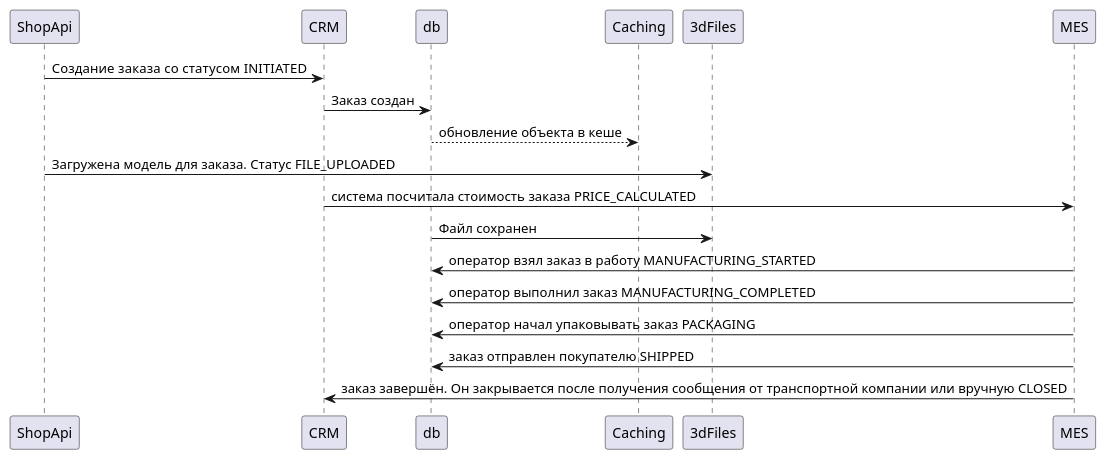
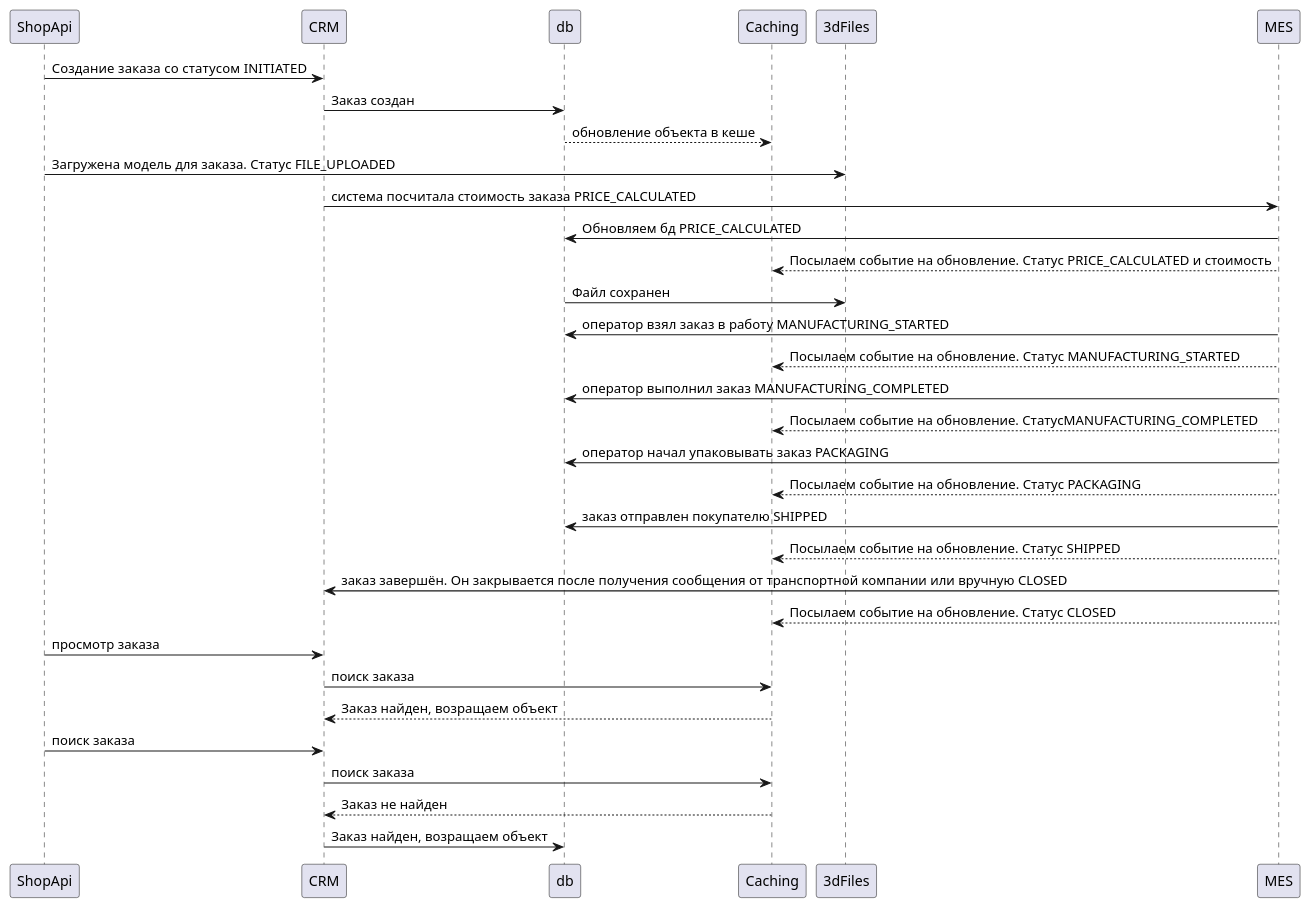
One commit to OlgaLotka/architecture-pro-alexandrite changed the diagram in Task5/sd.puml. Above: the diagram before and after it, drawn with PlantUML. The commit also changed 5 other files, not shown here.

```diff
--- a/Task5/sd.puml
+++ b/Task5/sd.puml
@@ -1,16 +1,32 @@
 @startuml
 ShopApi -> CRM: Создание заказа со  статусом INITIATED
 CRM -> db: Заказ создан
 db --> Caching: обновление объекта в кеше
 ShopApi -> 3dFiles: Загружена модель для заказа. Статус FILE_UPLOADED
 CRM -> MES: система посчитала стоимость заказа PRICE_CALCULATED
+MES -> db: Обновляем бд PRICE_CALCULATED
+MES --> Caching: Посылаем событие на обновление. Статус PRICE_CALCULATED и стоимость
 db -> 3dFiles: Файл сохранен
 
 
 MES -> db: оператор взял заказ в работу MANUFACTURING_STARTED
+MES --> Caching: Посылаем событие на обновление. Статус MANUFACTURING_STARTED
 MES -> db: оператор выполнил заказ MANUFACTURING_COMPLETED
+MES --> Caching: Посылаем событие на обновление. СтатусMANUFACTURING_COMPLETED
 MES -> db: оператор начал упаковывать заказ PACKAGING
+MES --> Caching: Посылаем событие на обновление. Статус PACKAGING
 MES -> db:  заказ отправлен покупателю SHIPPED
+MES --> Caching: Посылаем событие на обновление. Статус SHIPPED
 MES -> CRM: заказ завершён. Он закрывается после получения сообщения от транспортной компании или вручную CLOSED
+MES --> Caching: Посылаем событие на обновление. Статус CLOSED
+
+
+ShopApi -> CRM: просмотр заказа
+CRM -> Caching: поиск заказа
+Caching --> CRM: Заказ найден, возращаем объект
+ShopApi -> CRM: поиск заказа
+CRM -> Caching: поиск заказа
+Caching --> CRM: Заказ не найден
+CRM-> db: Заказ найден, возращаем объект
 
 @enduml
```
